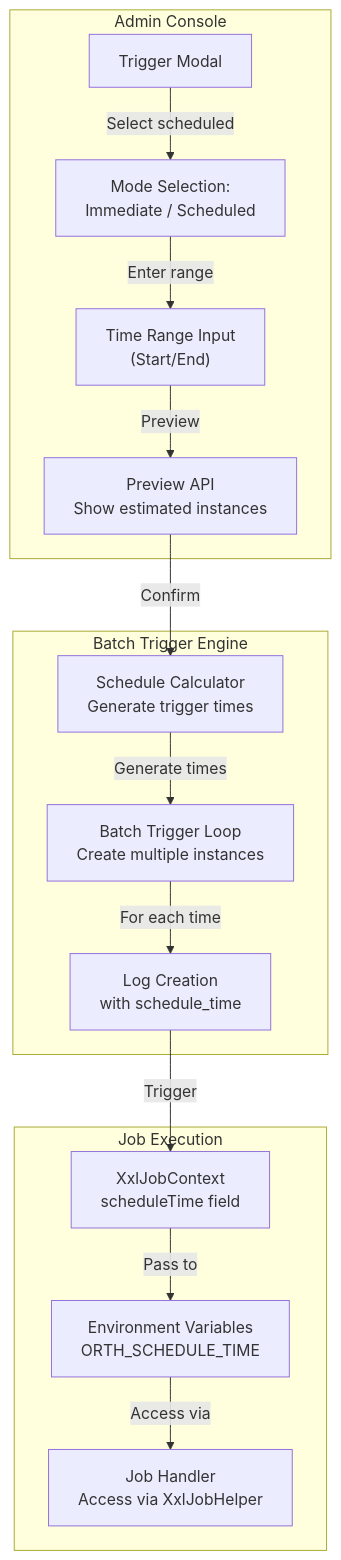
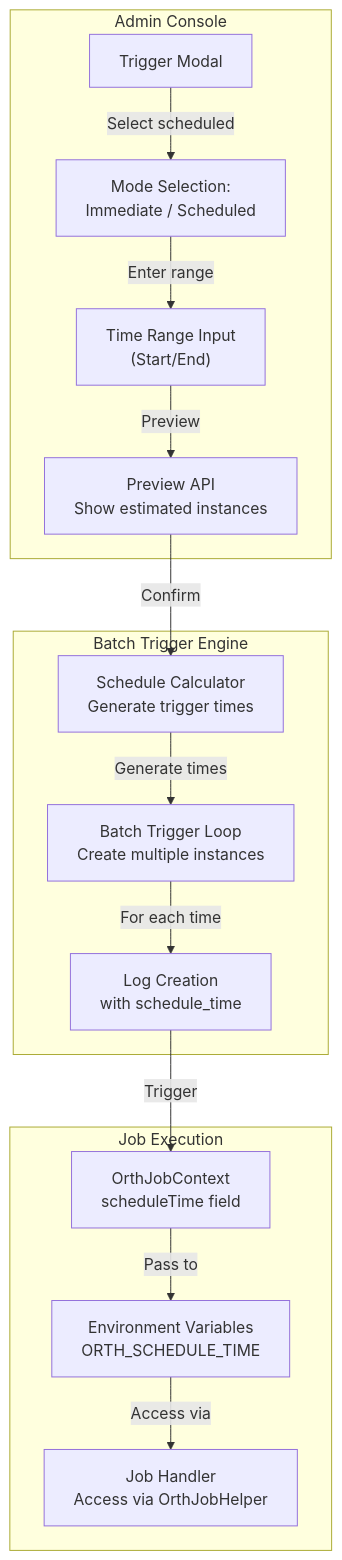
Before and after one commit to zombie12138/orth: the first of 3 diagrams in arch/09-batch-trigger-schedule-time.md, drawn with Mermaid. The commit also changed other lines of this file and 576 other files, not shown here.

First line of the commit message:
refactor: rename xxl-job → orth across entire project

````diff
--- a/arch/09-batch-trigger-schedule-time.md
+++ b/arch/09-batch-trigger-schedule-time.md
@@ -15,32 +15,32 @@
 ```mermaid
 flowchart TB
     subgraph UI["Admin Console"]
         TM["Trigger Modal"]
         MODE["Mode Selection:<br/>Immediate / Scheduled"]
         RANGE["Time Range Input<br/>(Start/End)"]
         PREVIEW["Preview API<br/>Show estimated instances"]
     end
 
     subgraph Backend["Batch Trigger Engine"]
         CALC["Schedule Calculator<br/>Generate trigger times"]
         BATCH["Batch Trigger Loop<br/>Create multiple instances"]
         LOG["Log Creation<br/>with schedule_time"]
     end
 
     subgraph Executor["Job Execution"]
-        CTX["XxlJobContext<br/>scheduleTime field"]
+        CTX["OrthJobContext<br/>scheduleTime field"]
         ENV["Environment Variables<br/>ORTH_SCHEDULE_TIME"]
-        HANDLER["Job Handler<br/>Access via XxlJobHelper"]
+        HANDLER["Job Handler<br/>Access via OrthJobHelper"]
     end
 
     TM -->|"Select scheduled"| MODE
     MODE -->|"Enter range"| RANGE
     RANGE -->|"Preview"| PREVIEW
     PREVIEW -->|"Confirm"| CALC
 
     CALC -->|"Generate times"| BATCH
     BATCH -->|"For each time"| LOG
     LOG -->|"Trigger"| CTX
     CTX -->|"Pass to"| ENV
     ENV -->|"Access via"| HANDLER
 ```
````
